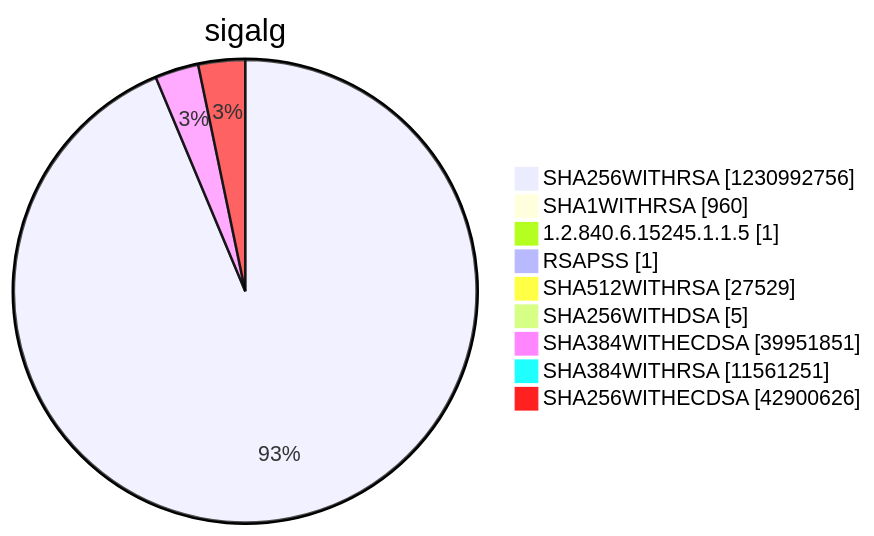
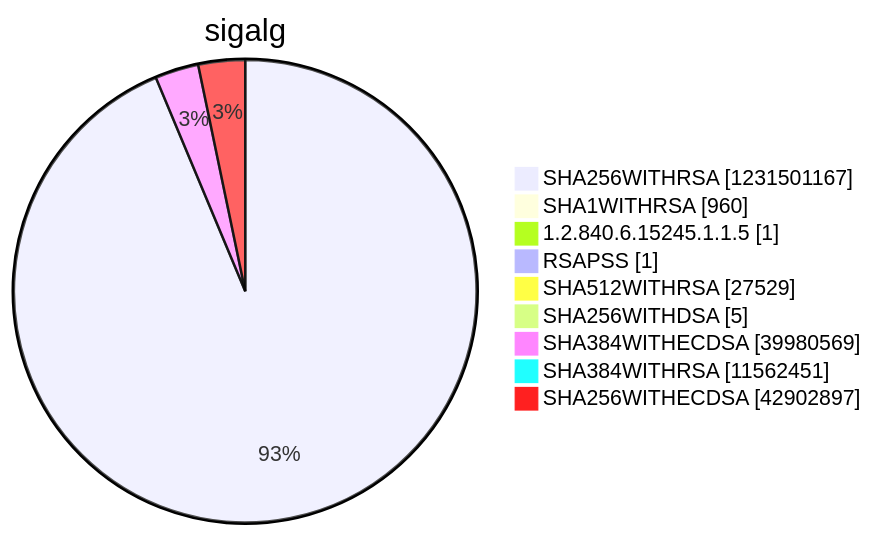
One commit to christiankrug/ctmonitor_visualization changed diagram 15 of 15 in argon2022/README.md. Above: the diagram before and after it, drawn with Mermaid. The commit also changed other lines of this file, not shown here.

````diff
--- a/argon2022/README.md
+++ b/argon2022/README.md
@@ -5522,13 +5522,13 @@
 ```mermaid
 pie showData
 title sigalg
-"SHA256WITHRSA" :1230992756
+"SHA256WITHRSA" :1231501167
 "SHA1WITHRSA" :960
 "1.2.840.6.15245.1.1.5" :1
 "RSAPSS" :1
 "SHA512WITHRSA" :27529
 "SHA256WITHDSA" :5
-"SHA384WITHECDSA" :39951851
-"SHA384WITHRSA" :11561251
-"SHA256WITHECDSA" :42900626
+"SHA384WITHECDSA" :39980569
+"SHA384WITHRSA" :11562451
+"SHA256WITHECDSA" :42902897
 ```
````
